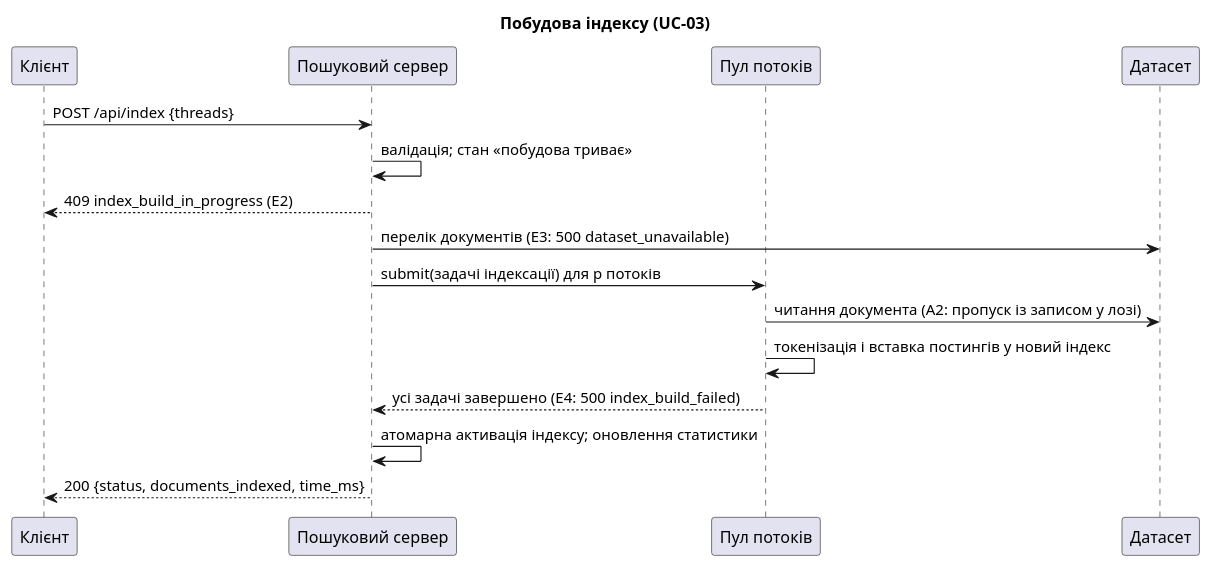
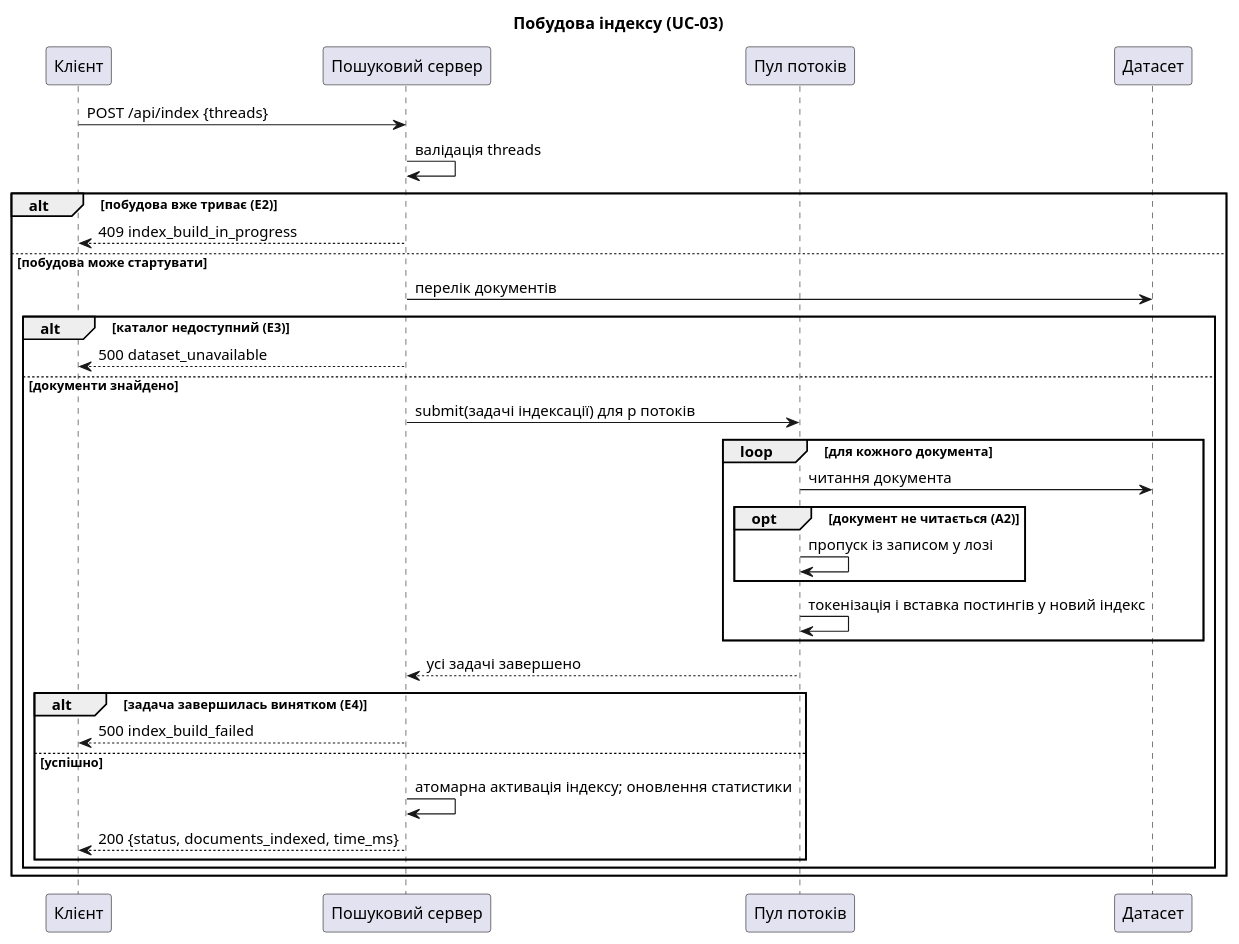
Before and after one commit to whatislavx/course_work_parallel_computing: the diagram in docs/architecture/uml/sequence-uc03.puml, drawn with PlantUML. The commit also changed 14 other files, not shown here.

First line of the commit message:
docs(architecture): fix sequence, class and use-case UML

```diff
--- a/docs/architecture/uml/sequence-uc03.puml
+++ b/docs/architecture/uml/sequence-uc03.puml
@@ -1,17 +1,33 @@
 @startuml sequence-uc03
 title Побудова індексу (UC-03)
 participant "Клієнт" as ACT
 participant "Пошуковий сервер" as Srv
 participant "Пул потоків" as Pool
 participant "Датасет" as FS
 ACT -> Srv : POST /api/index {threads}
-Srv -> Srv : валідація; стан «побудова триває»
-Srv --> ACT : 409 index_build_in_progress (E2)
-Srv -> FS : перелік документів (E3: 500 dataset_unavailable)
-Srv -> Pool : submit(задачі індексації) для p потоків
-Pool -> FS : читання документа (A2: пропуск із записом у лозі)
-Pool -> Pool : токенізація і вставка постингів у новий індекс
-Pool --> Srv : усі задачі завершено (E4: 500 index_build_failed)
-Srv -> Srv : атомарна активація індексу; оновлення статистики
-Srv --> ACT : 200 {status, documents_indexed, time_ms}
+Srv -> Srv : валідація threads
+alt побудова вже триває (E2)
+  Srv --> ACT : 409 index_build_in_progress
+else побудова може стартувати
+  Srv -> FS : перелік документів
+  alt каталог недоступний (E3)
+    Srv --> ACT : 500 dataset_unavailable
+  else документи знайдено
+    Srv -> Pool : submit(задачі індексації) для p потоків
+    loop для кожного документа
+      Pool -> FS : читання документа
+      opt документ не читається (A2)
+        Pool -> Pool : пропуск із записом у лозі
+      end
+      Pool -> Pool : токенізація і вставка постингів у новий індекс
+    end
+    Pool --> Srv : усі задачі завершено
+    alt задача завершилась винятком (E4)
+      Srv --> ACT : 500 index_build_failed
+    else успішно
+      Srv -> Srv : атомарна активація індексу; оновлення статистики
+      Srv --> ACT : 200 {status, documents_indexed, time_ms}
+    end
+  end
+end
 @enduml
```
